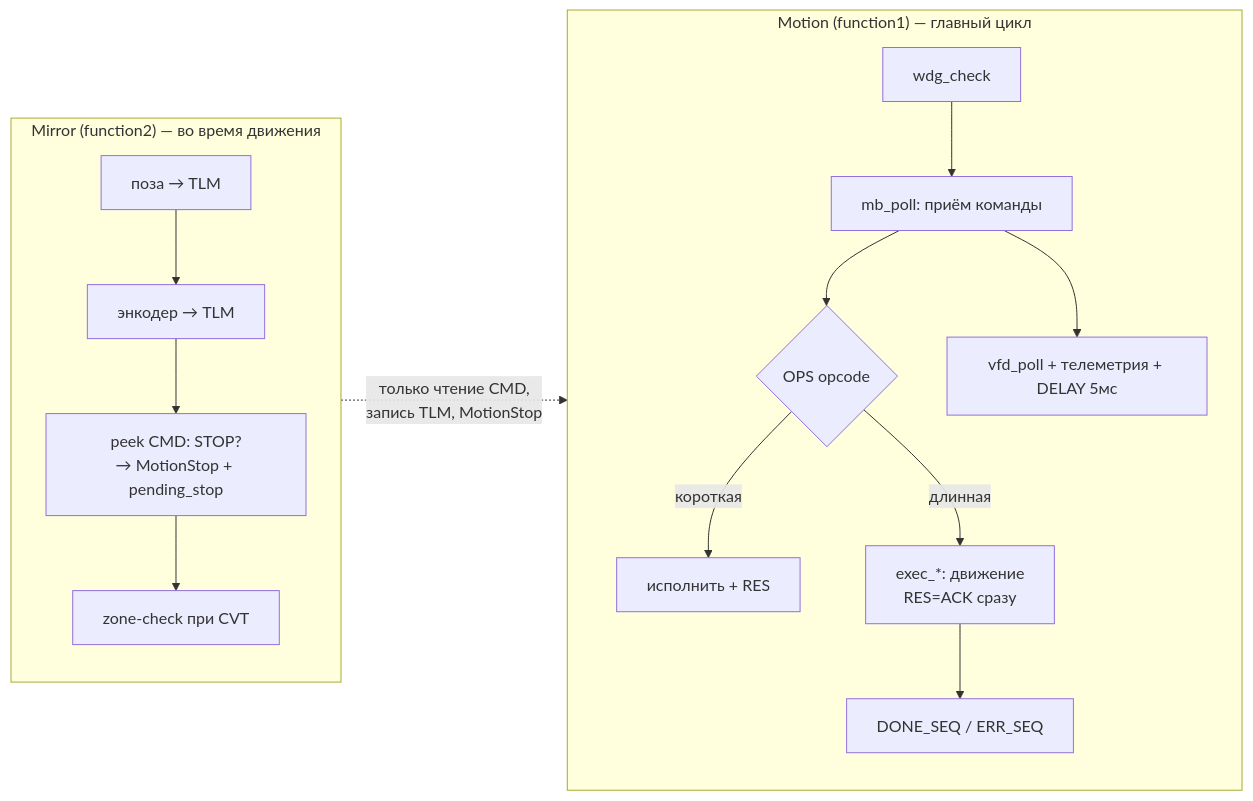
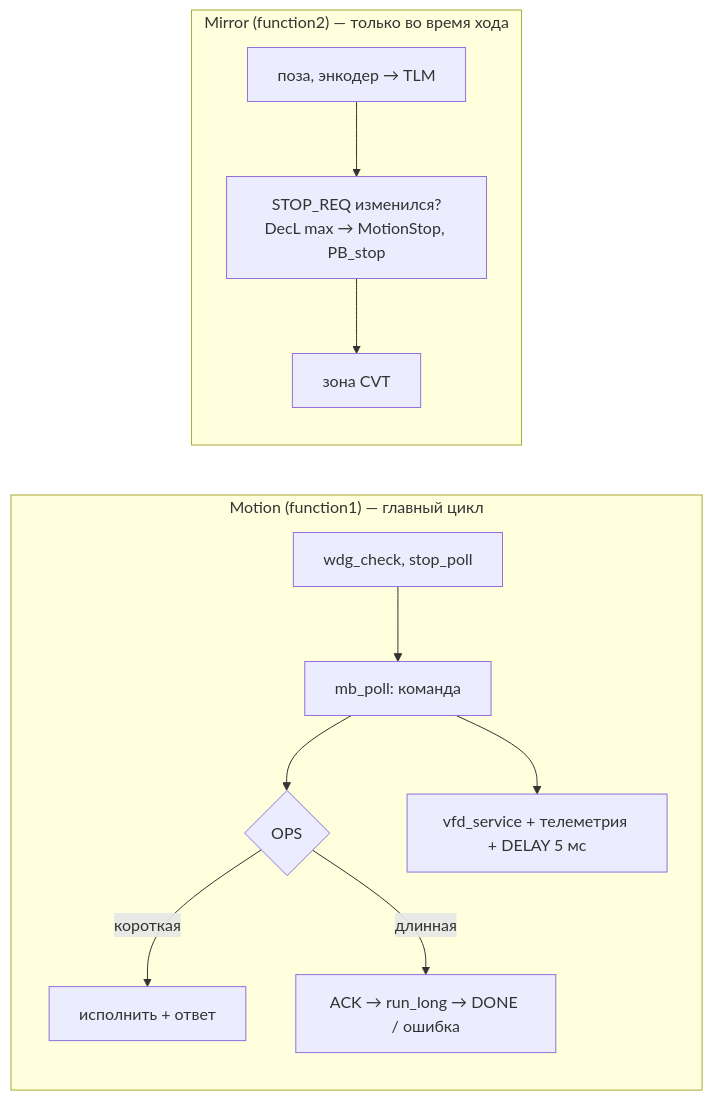
One commit to TWOKRAI/Inspector_bottles changed the diagram in plans/robot-protocol-v2/firmware-architecture.md. Above: the diagram before and after it, drawn with Mermaid. The commit also changed other lines of this file and 15 other files, not shown here.

````diff
--- a/plans/robot-protocol-v2/firmware-architecture.md
+++ b/plans/robot-protocol-v2/firmware-architecture.md
@@ -36,17 +81,14 @@
 ```mermaid
 flowchart LR
-    subgraph Motion["Motion (function1) — главный цикл"]
-        A[wdg_check] --> B[mb_poll: приём команды]
-        B --> C{OPS opcode}
-        C -->|короткая| D[исполнить + RES]
-        C -->|длинная| E[exec_*: движение<br/>RES=ACK сразу]
-        E --> F[DONE_SEQ / ERR_SEQ]
-        B --> G[vfd_poll + телеметрия + DELAY 5мс]
-    end
-    subgraph Mirror["Mirror (function2) — во время движения"]
-        M1[поза → TLM] --> M2[энкодер → TLM]
-        M2 --> M3[peek CMD: STOP?<br/>→ MotionStop + pending_stop]
-        M3 --> M4[zone-check при CVT]
-    end
-    Mirror -. только чтение CMD,<br/>запись TLM, MotionStop .-> Motion
+  subgraph Motion["Motion (function1) — главный цикл"]
+    A[wdg_check, stop_poll] --> B[mb_poll: команда]
+    B --> C{OPS}
+    C -->|короткая| D[исполнить + ответ]
+    C -->|длинная| E[ACK → run_long → DONE / ошибка]
+    B --> G[vfd_service + телеметрия + DELAY 5 мс]
+  end
+  subgraph Mirror["Mirror (function2) — только во время хода"]
+    M1[поза, энкодер → TLM] --> M2[STOP_REQ изменился?<br/>DecL max → MotionStop, PB_stop]
+    M2 --> M3[зона CVT]
+  end
 ```
````
